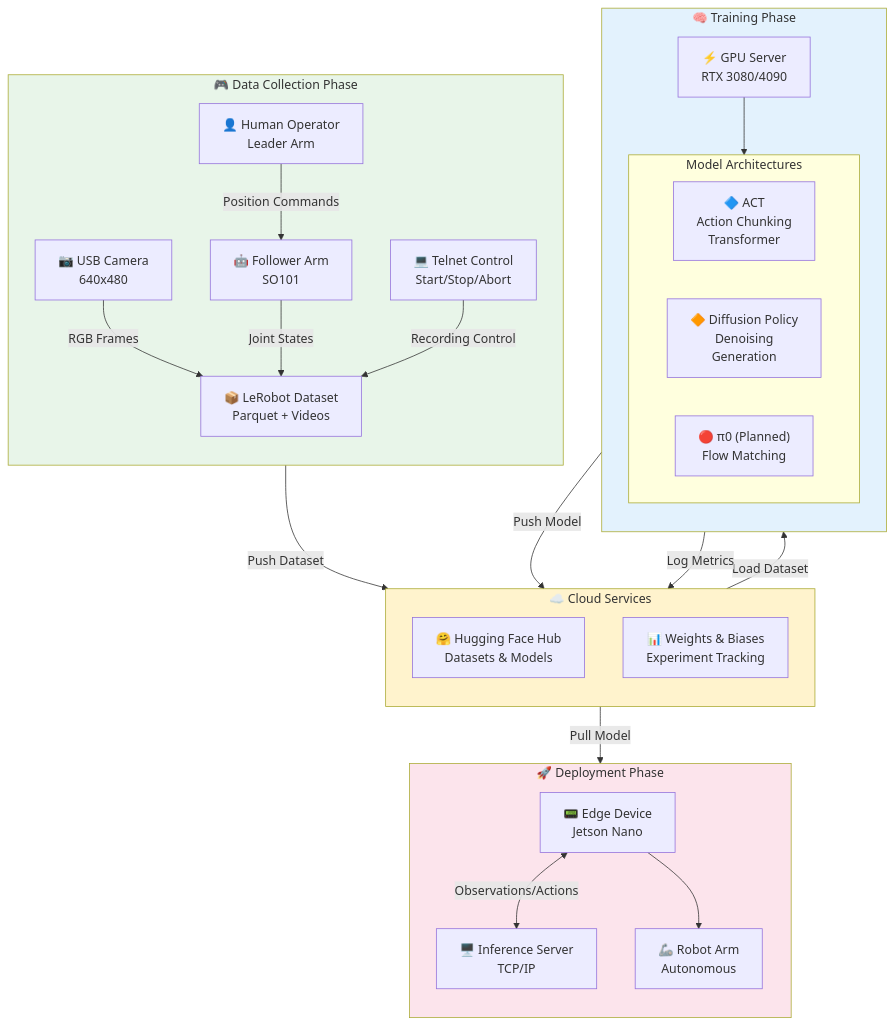
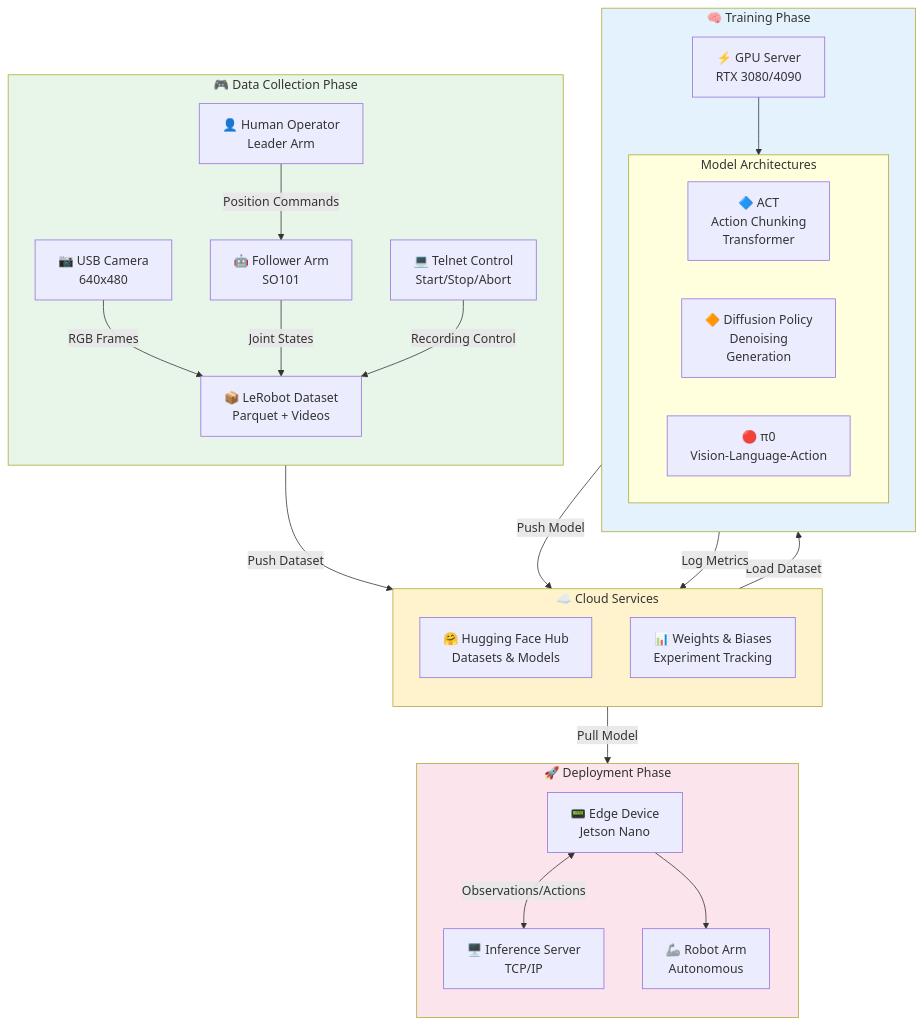
The second of 5 diagrams in _posts/2025-12-18-allen-vla.md (nu-jliu/nu-jliu.github.io), drawn with Mermaid before and after one commit. The commit also changed other lines of this file and 2 other files, not shown here.

````diff
--- a/_posts/2025-12-18-allen-vla.md
+++ b/_posts/2025-12-18-allen-vla.md
@@ -120,56 +120,56 @@
 ```mermaid
 flowchart TB
     subgraph Collection["🎮 Data Collection Phase"]
         direction TB
         LEADER["👤 Human Operator<br/>Leader Arm"]
         FOLLOWER["🤖 Follower Arm<br/>SO101"]
         CAMERA["📷 USB Camera<br/>640x480"]
         TELNET["💻 Telnet Control<br/>Start/Stop/Abort"]
         DATASET["📦 LeRobot Dataset<br/>Parquet + Videos"]
 
         LEADER -->|"Position Commands"| FOLLOWER
         CAMERA -->|"RGB Frames"| DATASET
         FOLLOWER -->|"Joint States"| DATASET
         TELNET -->|"Recording Control"| DATASET
     end
 
     subgraph Cloud["☁️ Cloud Services"]
         direction TB
         HF["🤗 Hugging Face Hub<br/>Datasets & Models"]
         WANDB["📊 Weights & Biases<br/>Experiment Tracking"]
     end
 
     subgraph Training["🧠 Training Phase"]
         direction TB
         GPU["⚡ GPU Server<br/>RTX 3080/4090"]
 
         subgraph Models["Model Architectures"]
             ACT["🔷 ACT<br/>Action Chunking<br/>Transformer"]
             DIFF["🔶 Diffusion Policy<br/>Denoising<br/>Generation"]
-            PI0["🔴 π0 (Planned)<br/>Flow Matching"]
+            PI0["🔴 π0<br/>Vision-Language-Action"]
         end
 
         GPU --> Models
     end
 
     subgraph Deployment["🚀 Deployment Phase"]
         direction TB
         JETSON["📟 Edge Device<br/>Jetson Nano"]
         ROBOT["🦾 Robot Arm<br/>Autonomous"]
         SERVER["🖥️ Inference Server<br/>TCP/IP"]
 
         JETSON <-->|"Observations/Actions"| SERVER
         JETSON --> ROBOT
     end
 
     Collection -->|"Push Dataset"| HF
     HF -->|"Load Dataset"| Training
     Training -->|"Push Model"| HF
     Training -->|"Log Metrics"| WANDB
     HF -->|"Pull Model"| Deployment
 
     style Collection fill:#e8f5e9
     style Cloud fill:#fff3cd
     style Training fill:#e3f2fd
     style Deployment fill:#fce4ec
 ```
````
